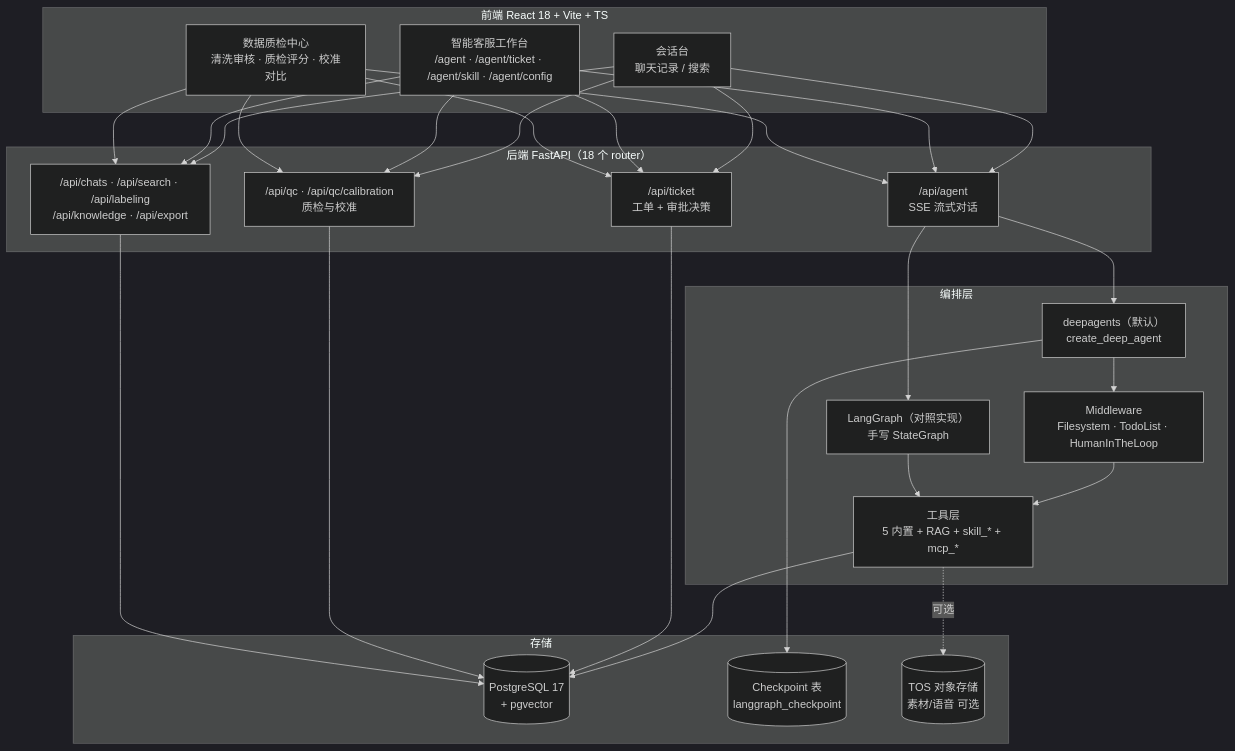
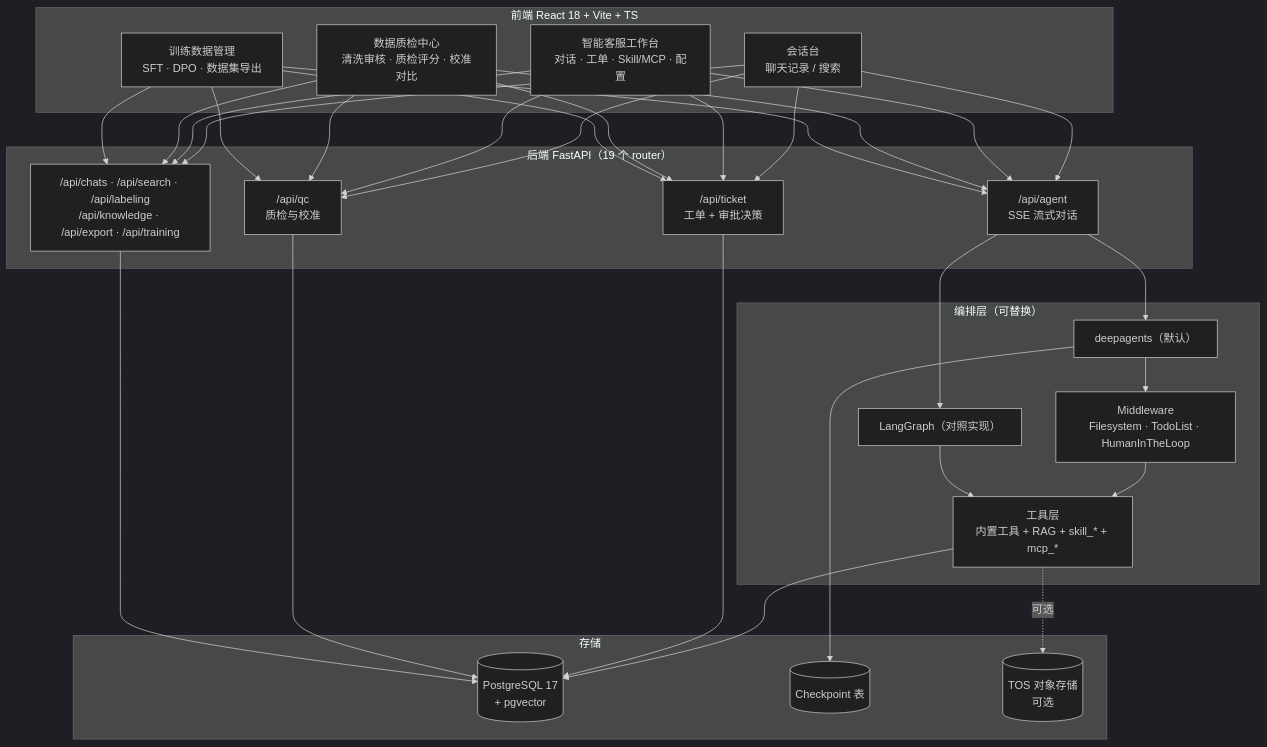
One commit to clearwind-tse/cs-agent changed the diagram in README.md. Above: the diagram before and after it, drawn with Mermaid (dark theme). The commit also changed other lines of this file, not shown here.

````diff
--- a/README.md
+++ b/README.md
@@ -34,37 +127,38 @@
 ```mermaid
 flowchart TB
     subgraph FE["前端 React 18 + Vite + TS"]
         W1["会话台<br/>聊天记录 / 搜索"]
-        W2["智能客服工作台<br/>/agent · /agent/ticket · /agent/skill · /agent/config"]
+        W2["智能客服工作台<br/>对话 · 工单 · Skill/MCP · 配置"]
         W3["数据质检中心<br/>清洗审核 · 质检评分 · 校准对比"]
+        W4["训练数据管理<br/>SFT · DPO · 数据集导出"]
     end
 
-    subgraph BE["后端 FastAPI（18 个 router）"]
+    subgraph BE["后端 FastAPI（19 个 router）"]
         A1["/api/agent<br/>SSE 流式对话"]
         A2["/api/ticket<br/>工单 + 审批决策"]
-        A3["/api/qc · /api/qc/calibration<br/>质检与校准"]
-        A4["/api/chats · /api/search · /api/labeling<br/>/api/knowledge · /api/export"]
+        A3["/api/qc<br/>质检与校准"]
+        A4["/api/chats · /api/search · /api/labeling<br/>/api/knowledge · /api/export · /api/training"]
     end
 
-    subgraph ORCH["编排层"]
-        E1["deepagents（默认）<br/>create_deep_agent"]
-        E2["LangGraph（对照实现）<br/>手写 StateGraph"]
+    subgraph ORCH["编排层（可替换）"]
+        E1["deepagents（默认）"]
+        E2["LangGraph（对照实现）"]
         M1["Middleware<br/>Filesystem · TodoList · HumanInTheLoop"]
-        T1["工具层<br/>5 内置 + RAG + skill_* + mcp_*"]
+        T1["工具层<br/>内置工具 + RAG + skill_* + mcp_*"]
     end
 
     subgraph DATA["存储"]
         D1[("PostgreSQL 17<br/>+ pgvector")]
-        D2[("Checkpoint 表<br/>langgraph_checkpoint")]
-        D3[("TOS 对象存储<br/>素材/语音 可选")]
+        D2[("Checkpoint 表")]
+        D3[("TOS 对象存储<br/>可选")]
     end
 
-    W1 & W2 & W3 --> A1 & A2 & A3 & A4
+    W1 & W2 & W3 & W4 --> A1 & A2 & A3 & A4
     A1 --> E1 & E2
     E1 --> M1 --> T1
     E2 --> T1
     E1 --> D2
     T1 --> D1
     A2 & A3 & A4 --> D1
     T1 -.可选.-> D3
 ```
````
